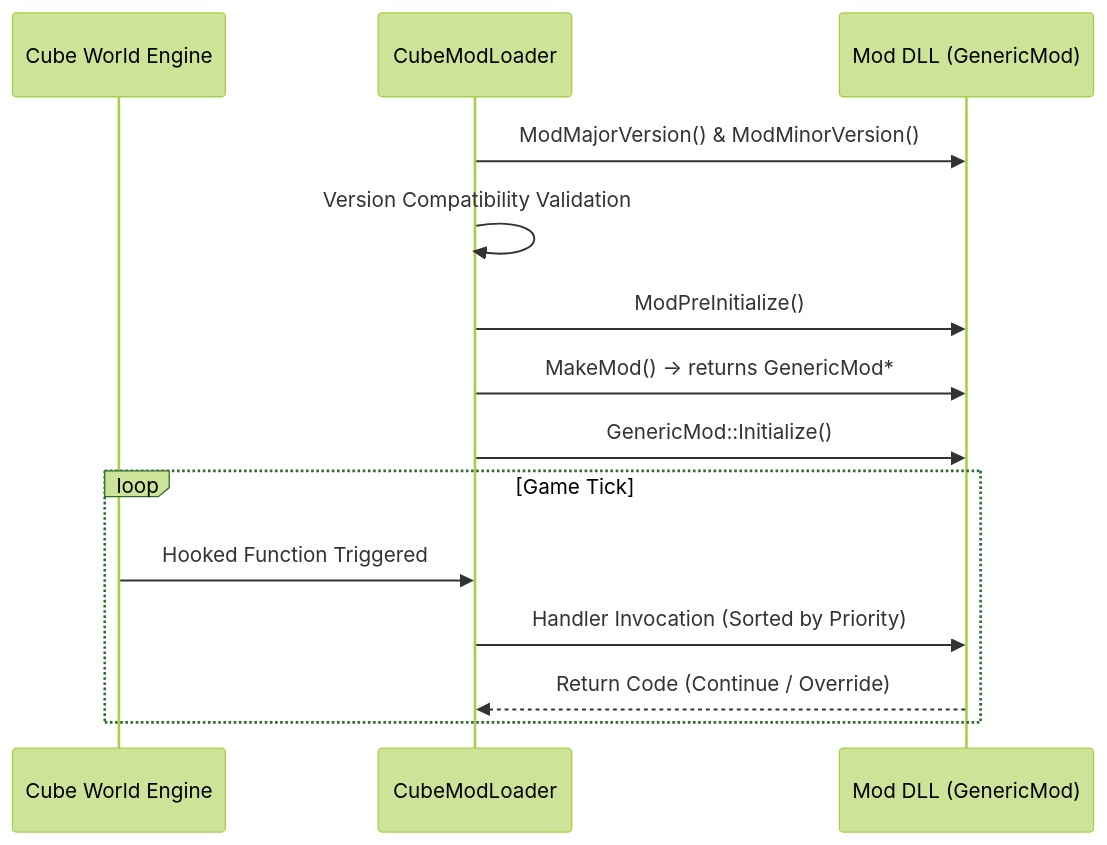
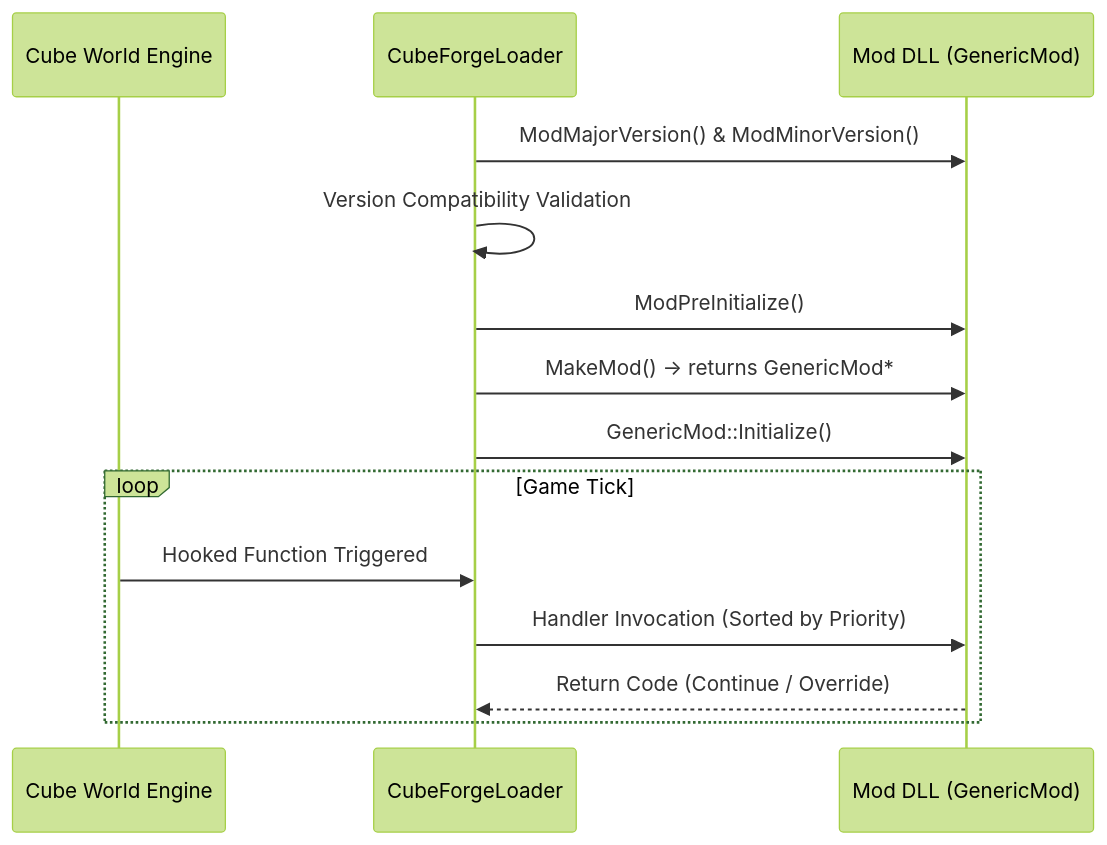
One commit to Gildofj/Cube-World-Mod-Launcher changed the second of 2 diagrams in docs/ARCHITECTURE.md. Above: the diagram before and after it, drawn with Mermaid (forest theme). The commit also changed other lines of this file and 13 other files, not shown here.

````diff
--- a/docs/ARCHITECTURE.md
+++ b/docs/ARCHITECTURE.md
@@ -147,17 +126,17 @@
 ```mermaid
 sequenceDiagram
     participant Engine as Cube World Engine
-    participant Loader as CubeModLoader
+    participant Loader as CubeForgeLoader
     participant Mod as Mod DLL (GenericMod)
 
     Loader->>Mod: ModMajorVersion() & ModMinorVersion()
     Loader->>Loader: Version Compatibility Validation
     Loader->>Mod: ModPreInitialize()
     Loader->>Mod: MakeMod() -> returns GenericMod*
     Loader->>Mod: GenericMod::Initialize()
     loop Game Tick
         Engine->>Loader: Hooked Function Triggered
         Loader->>Mod: Handler Invocation (Sorted by Priority)
         Mod-->>Loader: Return Code (Continue / Override)
     end
 ```
````
